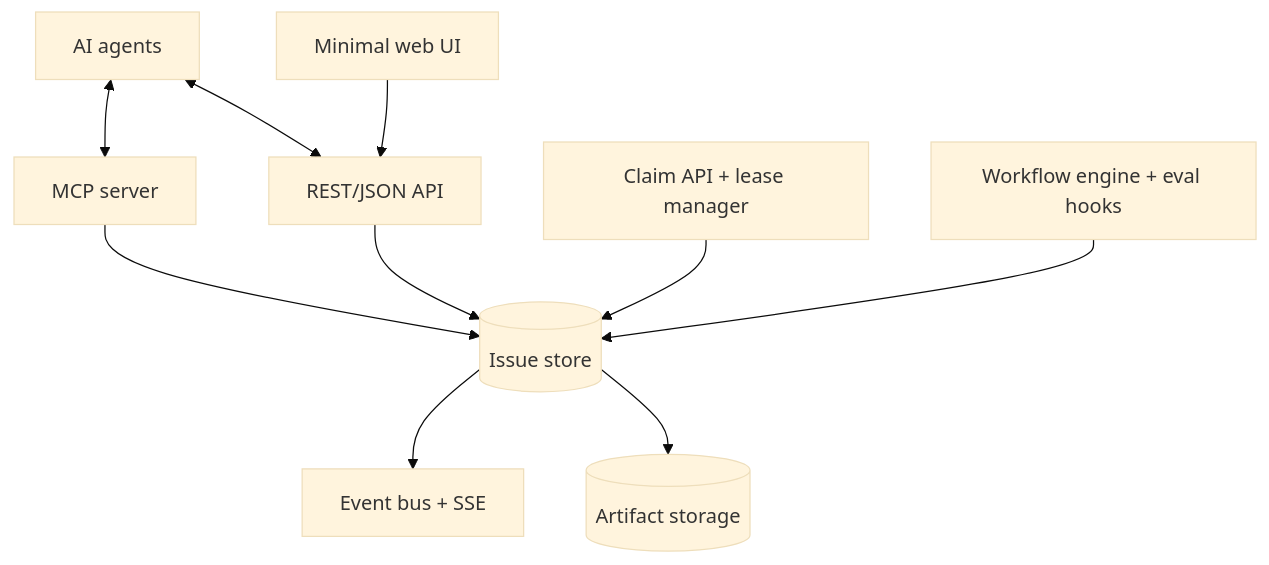
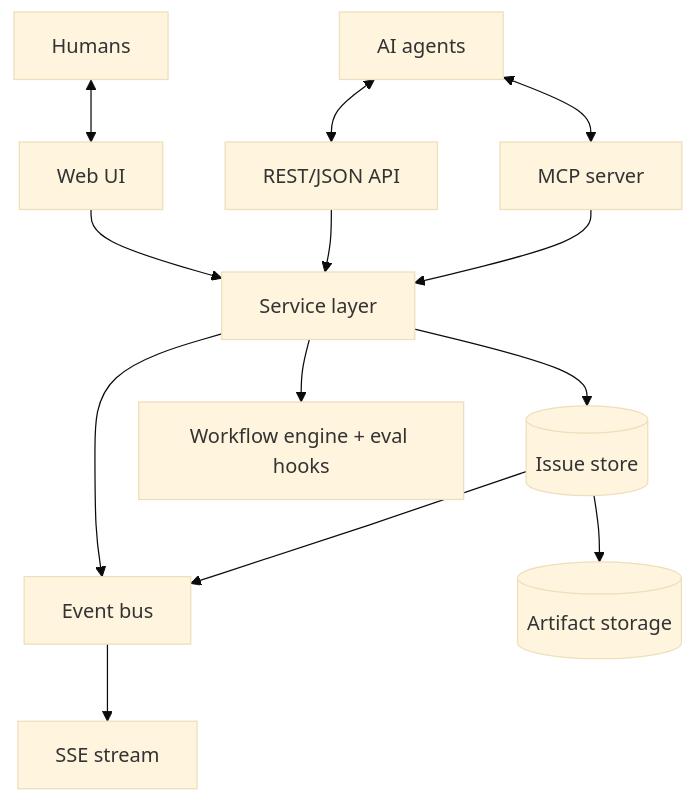
One commit to azmi2409/forge-tasks changed the second of 2 diagrams in README.md. Above: the diagram before and after it, drawn with Mermaid (base theme). The commit also changed other lines of this file and 34 other files, not shown here.

Commit message:
Components 3, 6, 7, 8: MCP server (17 tools), event bus + SSE, artifact storage, web UI — all 8 components done

````diff
--- a/README.md
+++ b/README.md
@@ -51,12 +51,15 @@
 ```mermaid
 flowchart TB
     Agent[AI agents] <--> MCP[MCP server]
     Agent <--> API[REST/JSON API]
-    MCP --> Store[(Issue store)]
-    API --> Store
-    Claim[Claim API + lease manager] --> Store
-    WF[Workflow engine + eval hooks] --> Store
-    Store --> Events[Event bus + SSE]
+    Human[Humans] <--> UI[Web UI]
+    MCP --> Svc[Service layer]
+    API --> Svc
+    UI --> Svc
+    Svc --> Store[(Issue store)]
+    Svc --> WF[Workflow engine + eval hooks]
+    Store --> Bus[Event bus]
+    Svc --> Bus
+    Bus --> SSE[SSE stream]
     Store --> Artifacts[(Artifact storage)]
-    UI[Minimal web UI] --> API
 ```
````
